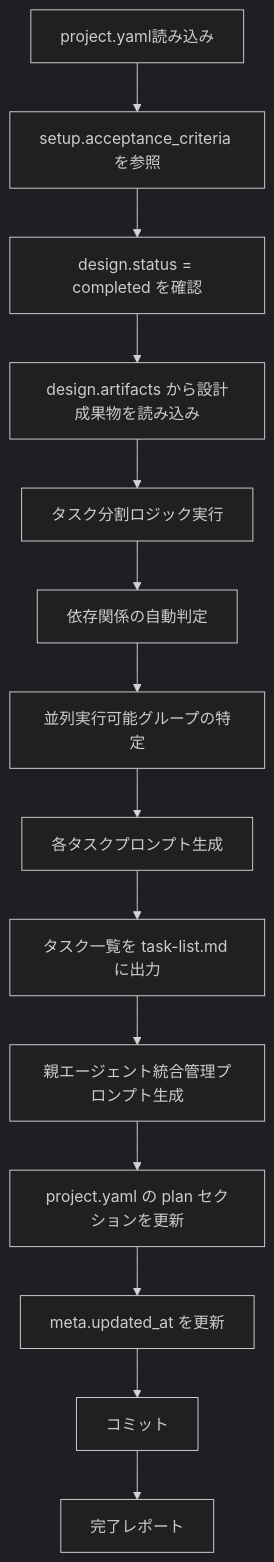
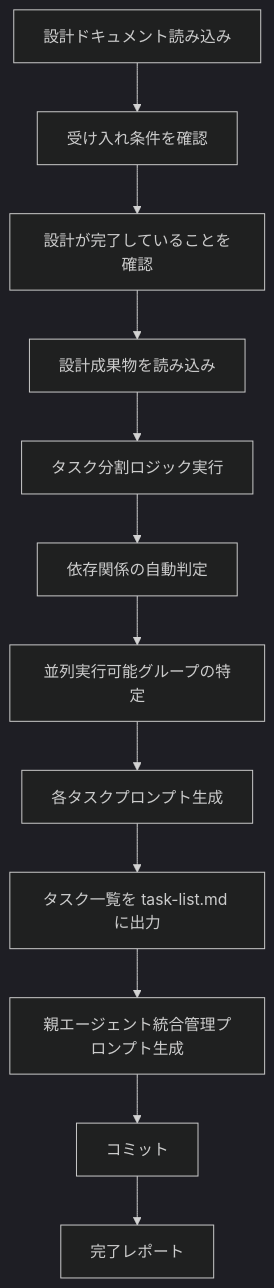
Before and after one commit to NagasakaH/dev-process: the diagram in .claude/skills/plan/SKILL.md, drawn with Mermaid (dark theme). The commit also changed other lines of this file and 30 other files, not shown here.

````diff
--- a/.claude/skills/plan/SKILL.md
+++ b/.claude/skills/plan/SKILL.md
@@ -121,16 +78,14 @@
 ```mermaid
 flowchart TD
-    A[project.yaml読み込み] --> B[setup.acceptance_criteria を参照]
-    B --> C[design.status = completed を確認]
-    C --> D[design.artifacts から設計成果物を読み込み]
+    A[設計ドキュメント読み込み] --> B[受け入れ条件を確認]
+    B --> C[設計が完了していることを確認]
+    C --> D[設計成果物を読み込み]
     D --> E[タスク分割ロジック実行]
     E --> F[依存関係の自動判定]
     F --> G[並列実行可能グループの特定]
     G --> H[各タスクプロンプト生成]
     H --> I[タスク一覧を task-list.md に出力]
     I --> J[親エージェント統合管理プロンプト生成]
-    J --> K[project.yaml の plan セクションを更新]
-    K --> L[meta.updated_at を更新]
-    L --> M[コミット]
-    M --> N[完了レポート]
+    J --> K[コミット]
+    K --> L[完了レポート]
 ```
````
